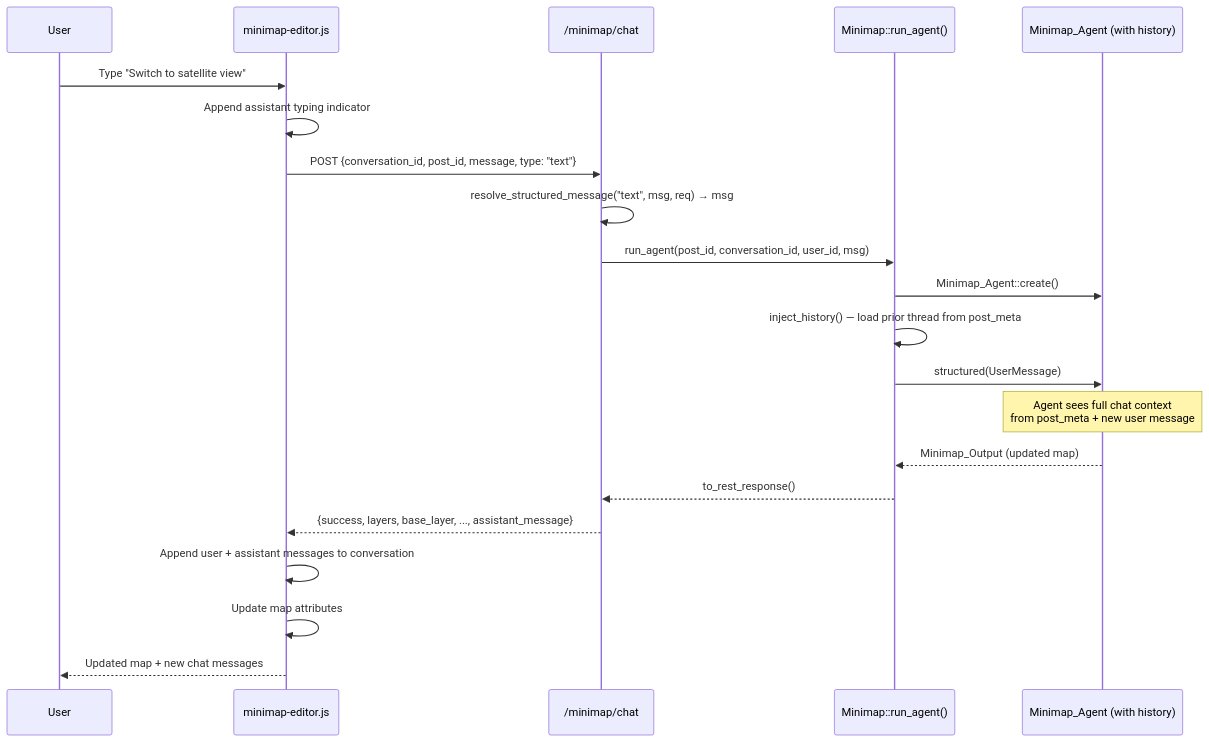
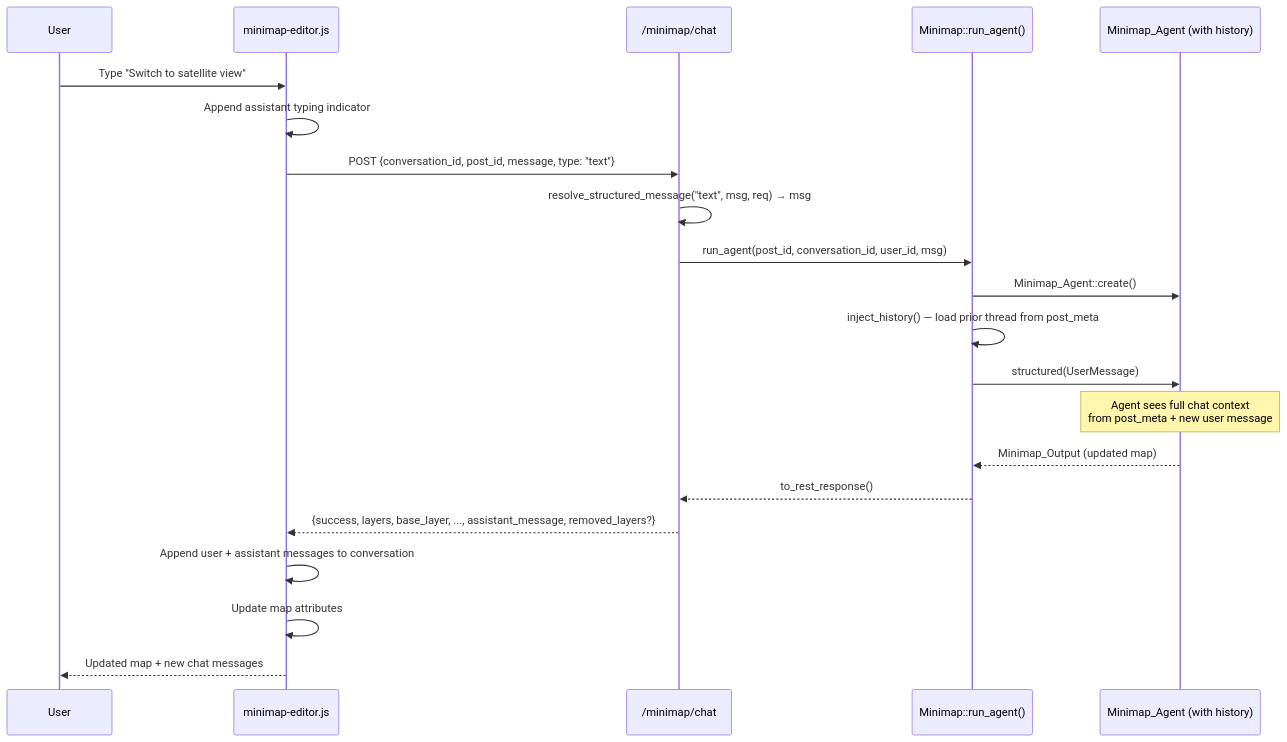
One commit to InfoAmazonia/jeo-plugin changed the seventh of 7 diagrams in .architecture/minimap/README.md. Above: the diagram before and after it, drawn with Mermaid. The commit also changed other lines of this file and 12 other files, not shown here.

````diff
--- a/.architecture/minimap/README.md
+++ b/.architecture/minimap/README.md
@@ -364,24 +365,24 @@
 ```mermaid
 sequenceDiagram
     participant U as User
     participant E as minimap-editor.js
     participant R as /minimap/chat
     participant M as Minimap::run_agent()
     participant A as Minimap_Agent (with history)
 
     U->>E: Type "Switch to satellite view"
     E->>E: Append assistant typing indicator
     E->>R: POST {conversation_id, post_id, message, type: "text"}
     R->>R: resolve_structured_message("text", msg, req) → msg
     R->>M: run_agent(post_id, conversation_id, user_id, msg)
     M->>A: Minimap_Agent::create()
     M->>M: inject_history() — load prior thread from post_meta
     M->>A: structured(UserMessage)
     Note over A: Agent sees full chat context<br/>from post_meta + new user message
     A-->>M: Minimap_Output (updated map)
     M-->>R: to_rest_response()
-    R-->>E: {success, layers, base_layer, ..., assistant_message}
+    R-->>E: {success, layers, base_layer, ..., assistant_message, removed_layers?}
     E->>E: Append user + assistant messages to conversation
     E->>E: Update map attributes
     E-->>U: Updated map + new chat messages
 ```
````
